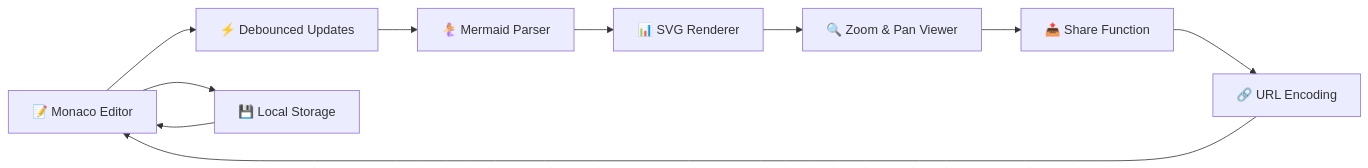
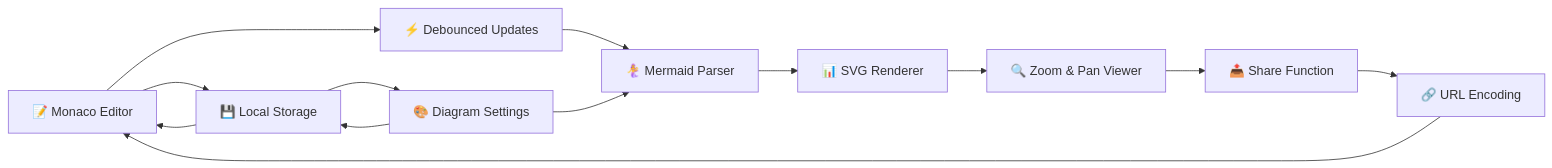
One commit to sametcn99/mermaid-viewer changed the fourth of 4 diagrams in README.md. Above: the diagram before and after it, drawn with Mermaid. The commit also changed other lines of this file and 6 other files, not shown here.

First line of the commit message:
feat: add Diagram Settings UI and persistable Mermaid config

````diff
--- a/README.md
+++ b/README.md
@@ -170,14 +170,17 @@
 ```mermaid
 graph LR
     A[📝 Monaco Editor] --> B[⚡ Debounced Updates]
     B --> C[🧜‍♀️ Mermaid Parser]
     C --> D[📊 SVG Renderer]
     D --> E[🔍 Zoom & Pan Viewer]
     
     F[💾 Local Storage] --> A
     A --> F
+    F --> I[🎨 Diagram Settings]
+    I --> F
+    I --> C
     
     G[🔗 URL Encoding] --> A
     E --> H[📤 Share Function]
     H --> G
 ```
````
